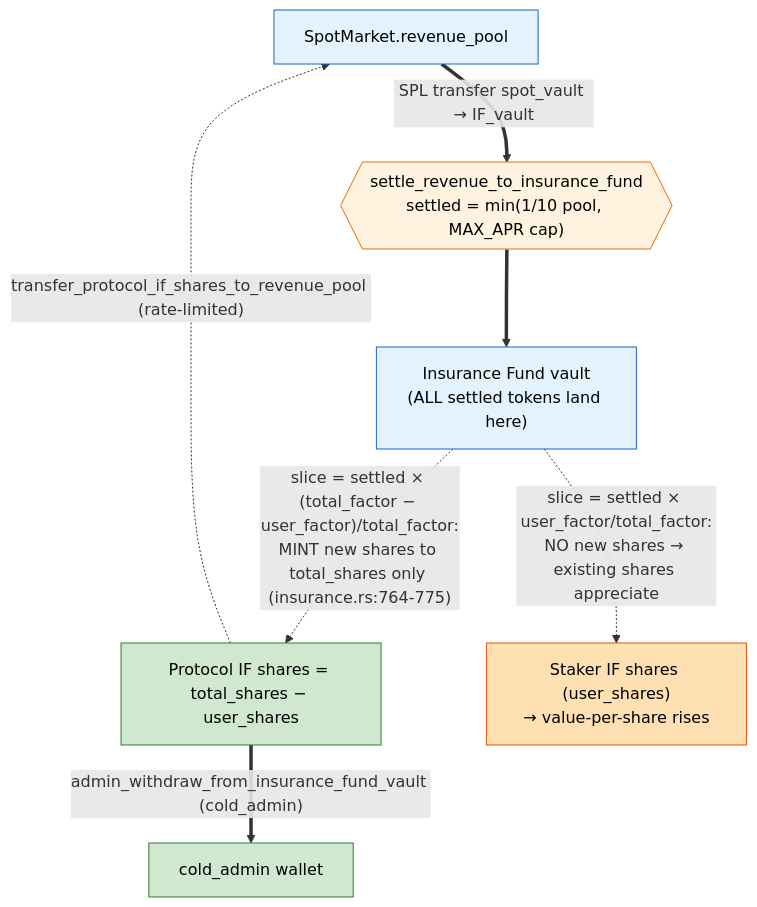
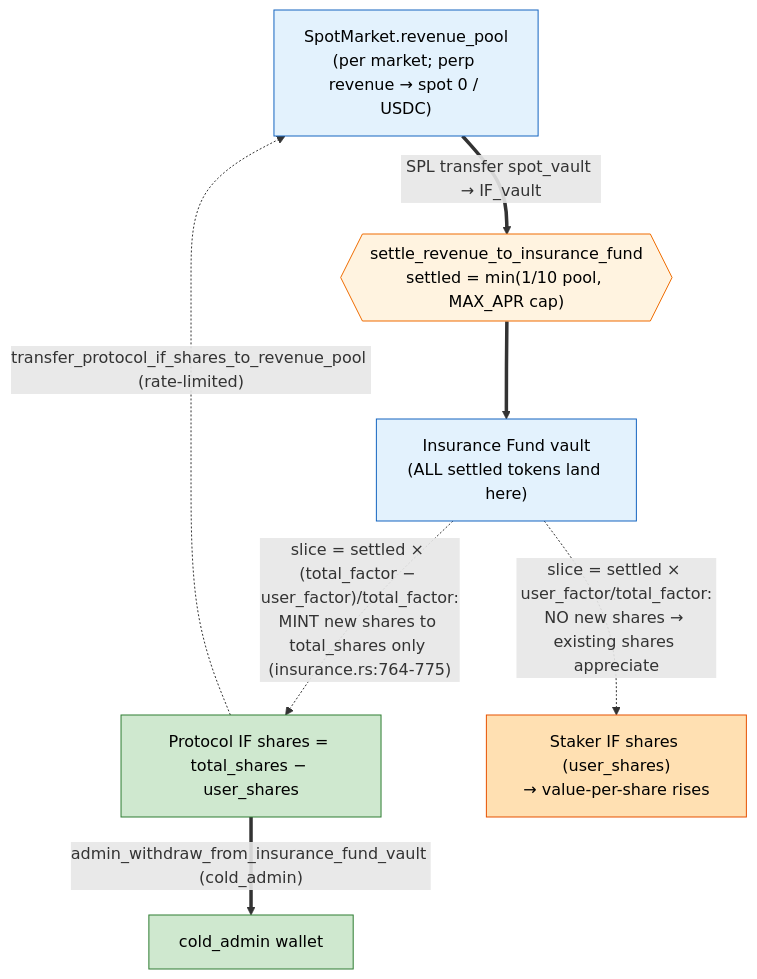
The third of 3 diagrams in FEES.md (velocity-exchange/velocity-v1), drawn with Mermaid before and after one commit. The commit also changed other lines of this file, not shown here.

````diff
--- a/FEES.md
+++ b/FEES.md
@@ -207,21 +210,21 @@
 ```mermaid
 flowchart TD
     classDef pool fill:#e3f2fd,stroke:#1565c0,color:#000;
     classDef step fill:#fff3e0,stroke:#ef6c00,color:#000;
     classDef revenue fill:#cfe8cf,stroke:#2e7d32,color:#000;
     classDef passthru fill:#ffe0b2,stroke:#e65100,color:#000;
 
-    RP["SpotMarket.revenue_pool"]:::pool
+    RP["SpotMarket.revenue_pool<br/>(per market; perp revenue → spot 0 / USDC)"]:::pool
     SET{{"settle_revenue_to_insurance_fund<br/>settled = min(1/10 pool, MAX_APR cap)"}}:::step
     IFV["Insurance Fund vault<br/>(ALL settled tokens land here)"]:::pool
     PSH["Protocol IF shares = total_shares − user_shares"]:::revenue
     USH["Staker IF shares (user_shares)<br/>→ value-per-share rises"]:::passthru
     WALL["cold_admin wallet"]:::revenue
 
     RP ==>|"SPL transfer spot_vault → IF_vault"| SET
     SET ==> IFV
     IFV -.->|"slice = settled × (total_factor − user_factor)/total_factor:<br/>MINT new shares to total_shares only (insurance.rs:764-775)"| PSH
     IFV -.->|"slice = settled × user_factor/total_factor:<br/>NO new shares → existing shares appreciate"| USH
     PSH ==>|"admin_withdraw_from_insurance_fund_vault (cold_admin)"| WALL
     PSH -.->|"transfer_protocol_if_shares_to_revenue_pool (rate-limited)"| RP
 ```
````
